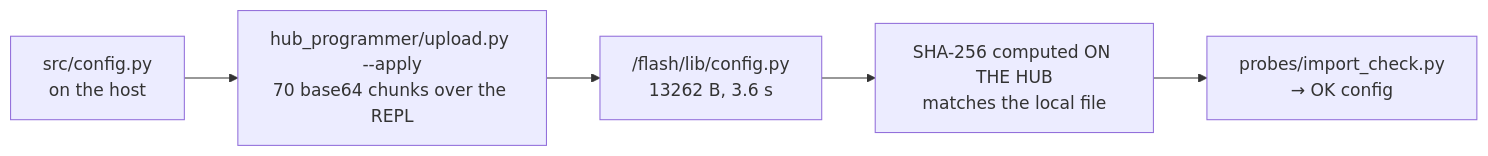
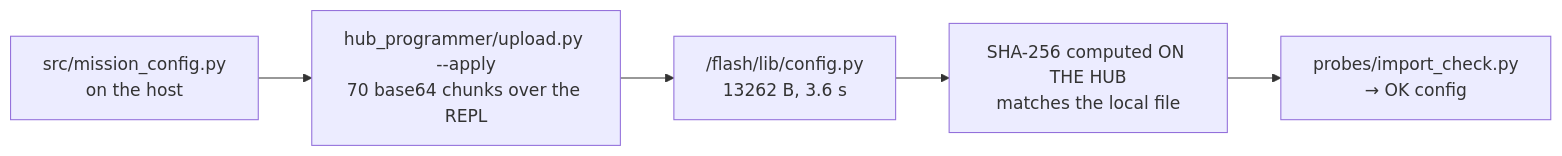
Before and after one commit to erauredeyesociety/sys301_minesweeper: the second of 2 diagrams in docs/runbooks/upload-to-hub.md, drawn with Mermaid. The commit also changed other lines of this file and 92 other files, not shown here.

````diff
--- a/docs/runbooks/upload-to-hub.md
+++ b/docs/runbooks/upload-to-hub.md
@@ -54,7 +54,7 @@
 ```mermaid
 flowchart LR
-    S["src/config.py<br/>on the host"] --> C["hub_programmer/upload.py --apply<br/>70 base64 chunks over the REPL"]
+    S["src/mission_config.py<br/>on the host"] --> C["hub_programmer/upload.py --apply<br/>70 base64 chunks over the REPL"]
     C --> F["/flash/lib/config.py<br/>13262 B, 3.6 s"]
     F --> V["SHA-256 computed ON THE HUB<br/>matches the local file"]
     V --> I["probes/import_check.py<br/>→ OK config"]
 ```
````
